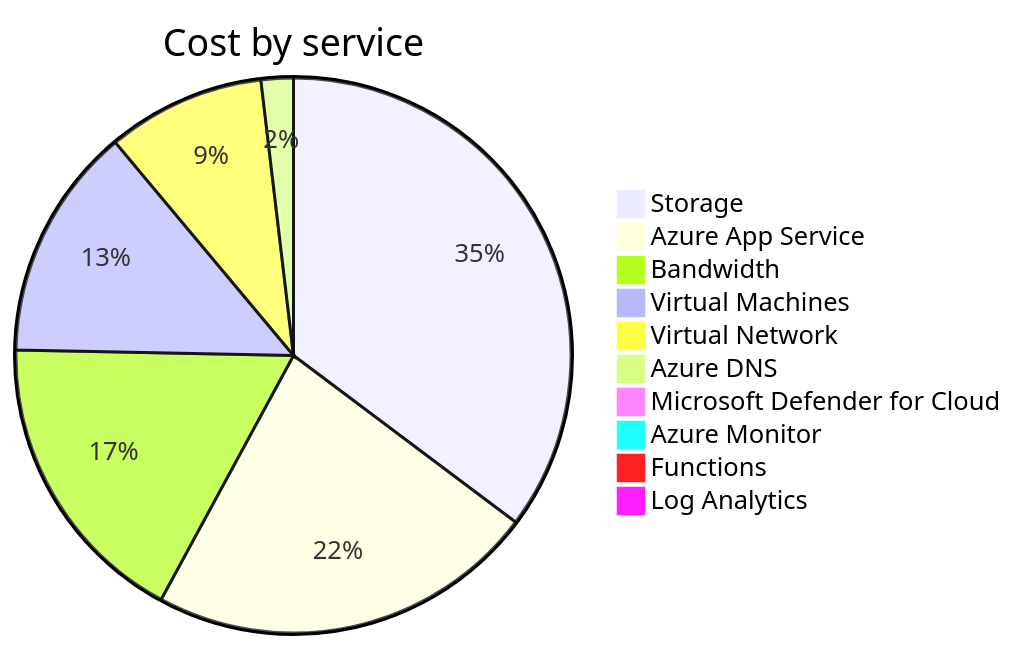
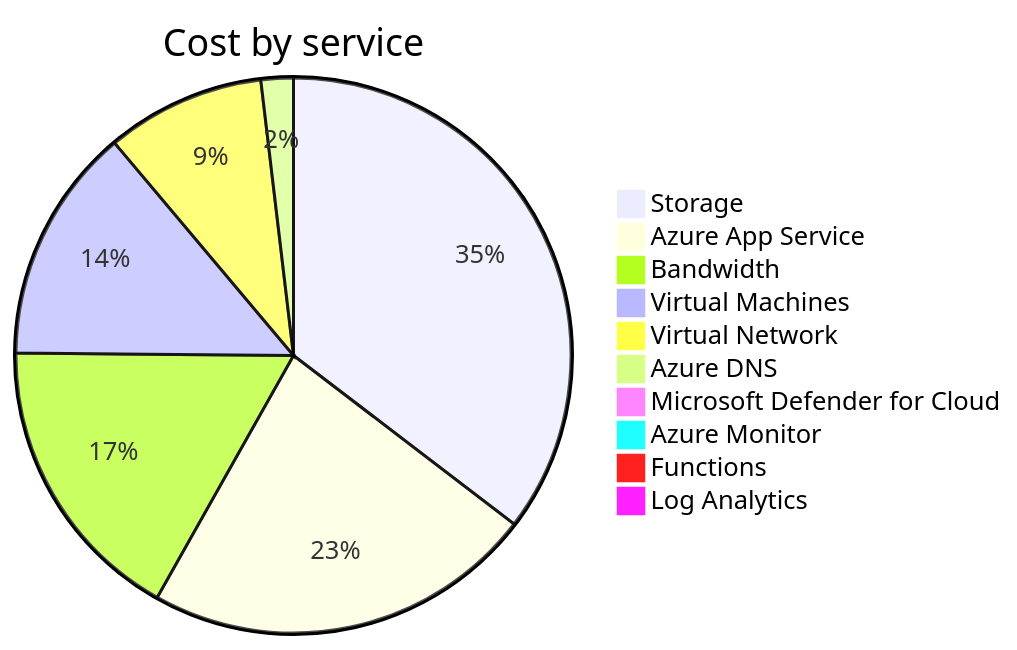
The second of 4 diagrams in cost-reports/accumulated-cost.md (jpfulton/azure-personal-reports), drawn with Mermaid before and after one commit. The commit also changed other lines of this file and 4 other files, not shown here.

````diff
--- a/cost-reports/accumulated-cost.md
+++ b/cost-reports/accumulated-cost.md
@@ -100,14 +100,14 @@
 ```mermaid
 pie
    title Cost by service
-   "Storage" : 24.77
-   "Azure App Service" : 15.93
-   "Bandwidth" : 12.23
-   "Virtual Machines" : 9.56
-   "Virtual Network" : 6.47
-   "Azure DNS" : 1.32
-   "Microsoft Defender for Cloud" : 0.58
+   "Storage" : 25.55
+   "Azure App Service" : 16.45
+   "Bandwidth" : 12.26
+   "Virtual Machines" : 9.91
+   "Virtual Network" : 6.68
+   "Azure DNS" : 1.36
+   "Microsoft Defender for Cloud" : 0.59
    "Azure Monitor" : 0.00
    "Functions" : 0.00
    "Log Analytics" : 0.00
 ```
````
